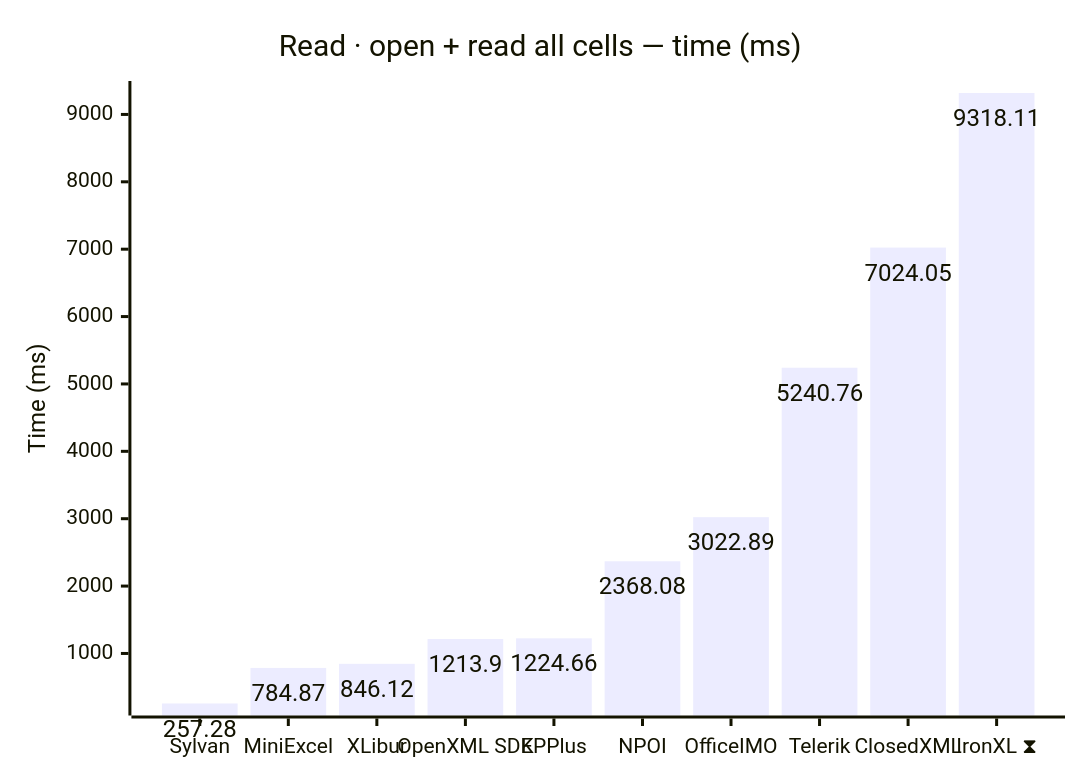
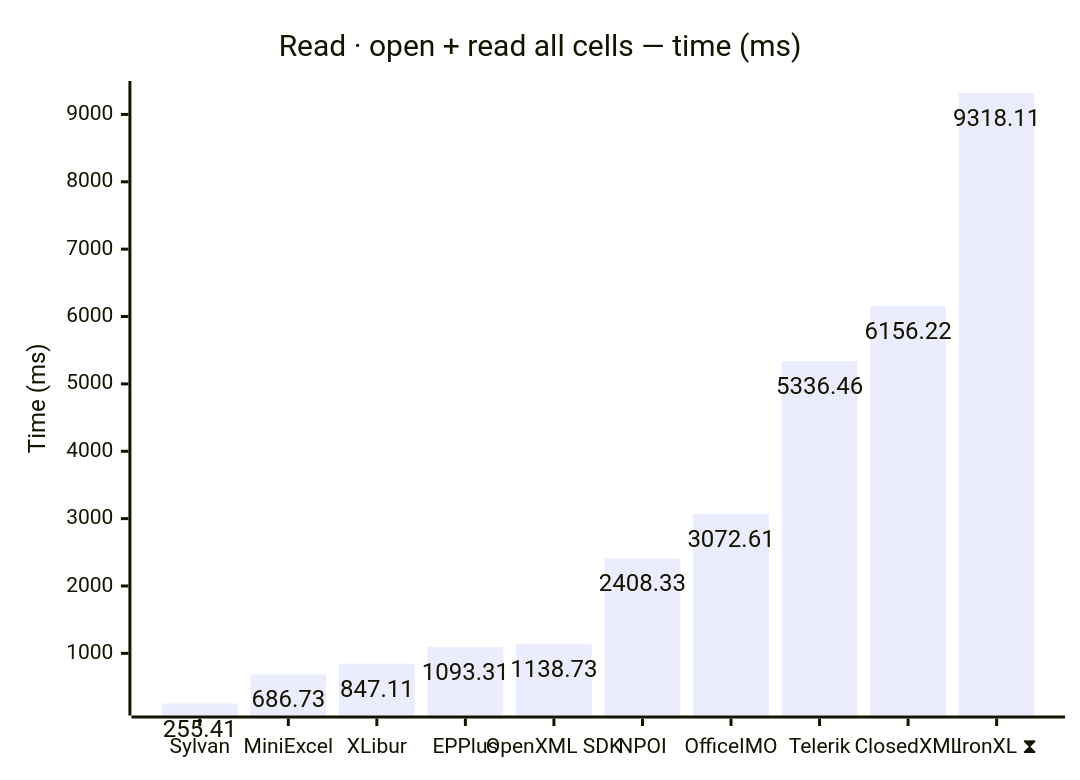
Before and after one commit to jafin/XLBench: the third of 12 diagrams in docs/results.md, drawn with Mermaid. The commit also changed other lines of this file and 1 other file, not shown here.

````diff
--- a/docs/results.md
+++ b/docs/results.md
@@ -68,12 +68,12 @@
 ```mermaid
 ---
 config:
   xyChart:
     showDataLabel: true
 ---
 xychart-beta
     title "Read · open + read all cells — time (ms)"
-    x-axis ["Sylvan", "MiniExcel", "XLibur", "OpenXML SDK", "EPPlus", "NPOI", "OfficeIMO", "Telerik", "ClosedXML", "IronXL ⧗"]
+    x-axis ["Sylvan", "MiniExcel", "XLibur", "EPPlus", "OpenXML SDK", "NPOI", "OfficeIMO", "Telerik", "ClosedXML", "IronXL ⧗"]
     y-axis "Time (ms)"
-    bar [257.28, 784.87, 846.12, 1213.9, 1224.66, 2368.08, 3022.89, 5240.76, 7024.05, 9318.11]
+    bar [255.41, 686.73, 847.11, 1093.31, 1138.73, 2408.33, 3072.61, 5336.46, 6156.22, 9318.11]
 ```
````
